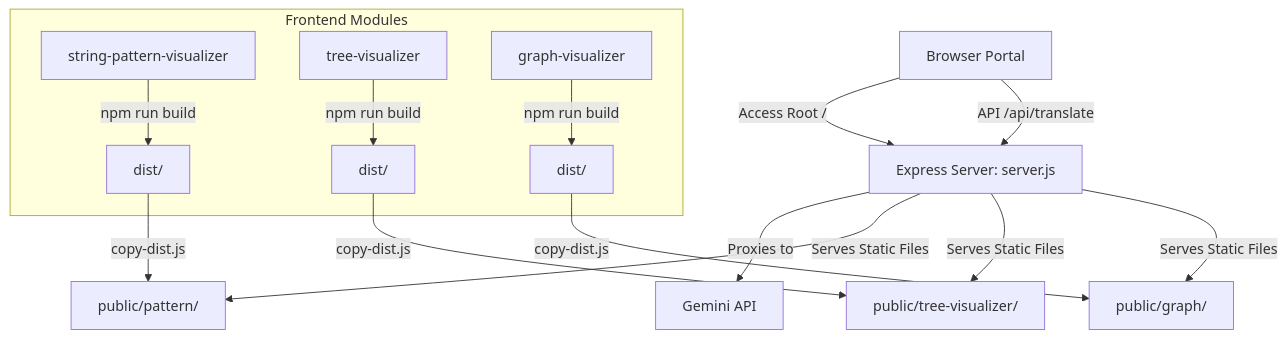
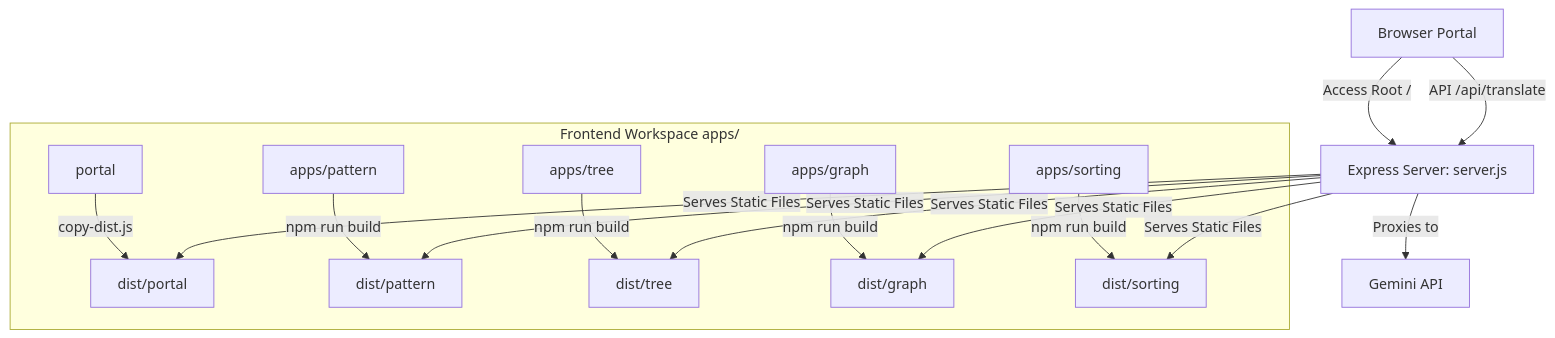
Before and after one commit to Santhoshhg15/DSA-Visualizer: the diagram in architecture.md, drawn with Mermaid. The commit also changed other lines of this file, not shown here.

Commit message:
docs: Update architecture.md to reflect new monorepo workspace structure

````diff
--- a/architecture.md
+++ b/architecture.md
@@ -11,20 +11,20 @@
 ```mermaid
 graph TD
     Client[Browser Portal] -->|Access Root /| Server[Express Server: server.js]
     Client -->|API /api/translate| Server
     Server -->|Proxies to| Gemini[Gemini API]
     
-    subgraph Frontend Modules
-        SP[string-pattern-visualizer] -->|npm run build| SPDist[dist/]
-        TV[tree-visualizer] -->|npm run build| TVDist[dist/]
-        GV[graph-visualizer] -->|npm run build| GVDist[dist/]
+    subgraph Frontend Workspace apps/
+        Portal[portal] -->|copy-dist.js| DistPortal[dist/portal]
+        Pattern[apps/pattern] -->|npm run build| DistPattern[dist/pattern]
+        Tree[apps/tree] -->|npm run build| DistTree[dist/tree]
+        Graph[apps/graph] -->|npm run build| DistGraph[dist/graph]
+        Sorting[apps/sorting] -->|npm run build| DistSorting[dist/sorting]
     end
-
-    SPDist -->|copy-dist.js| PublicPattern[public/pattern/]
-    TVDist -->|copy-dist.js| PublicTree[public/tree-visualizer/]
-    GVDist -->|copy-dist.js| PublicGraph[public/graph/]
     
-    Server -->|Serves Static Files| PublicPattern
-    Server -->|Serves Static Files| PublicTree
-    Server -->|Serves Static Files| PublicGraph
+    Server -->|Serves Static Files| DistPortal
+    Server -->|Serves Static Files| DistPattern
+    Server -->|Serves Static Files| DistTree
+    Server -->|Serves Static Files| DistGraph
+    Server -->|Serves Static Files| DistSorting
 ```
````
